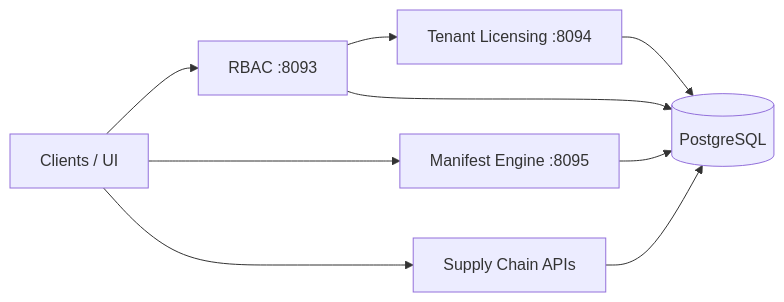
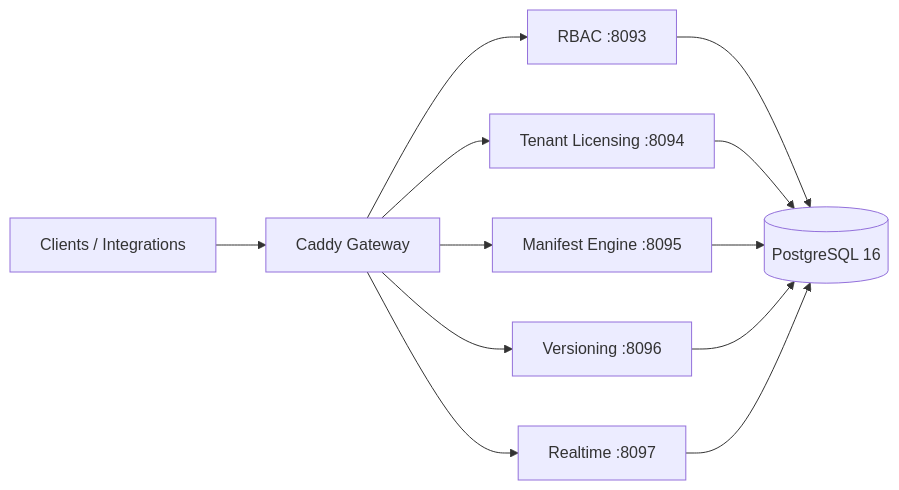
One commit to Maniforge/Maniforge changed the diagram in README.md. Above: the diagram before and after it, drawn with Mermaid. The commit also changed other lines of this file and 6 other files, not shown here.

````diff
--- a/README.md
+++ b/README.md
@@ -32,11 +111,14 @@
 ```mermaid
 flowchart LR
-  Client[Clients / UI] --> RBAC[RBAC :8093]
-  Client --> ME[Manifest Engine :8095]
-  Client --> SC[Supply Chain APIs]
-  RBAC --> TL[Tenant Licensing :8094]
-  RBAC --> PG[(PostgreSQL)]
+  Client[Clients / Integrations] --> GW[Caddy Gateway]
+  GW --> RBAC[RBAC :8093]
+  GW --> TL[Tenant Licensing :8094]
+  GW --> ME[Manifest Engine :8095]
+  GW --> VER[Versioning :8096]
+  GW --> RT[Realtime :8097]
+  RBAC --> PG[(PostgreSQL 16)]
+  TL --> PG
   ME --> PG
-  SC --> PG
-  TL --> PG
+  VER --> PG
+  RT --> PG
 ```
````
